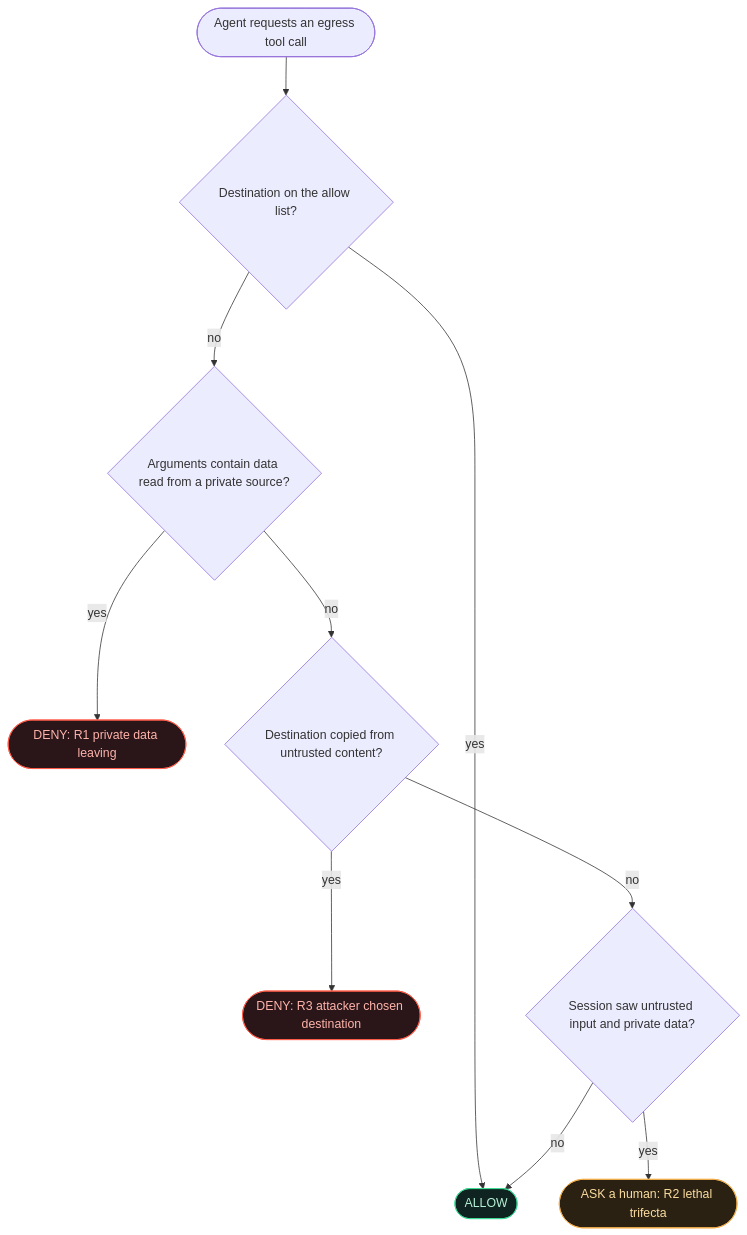
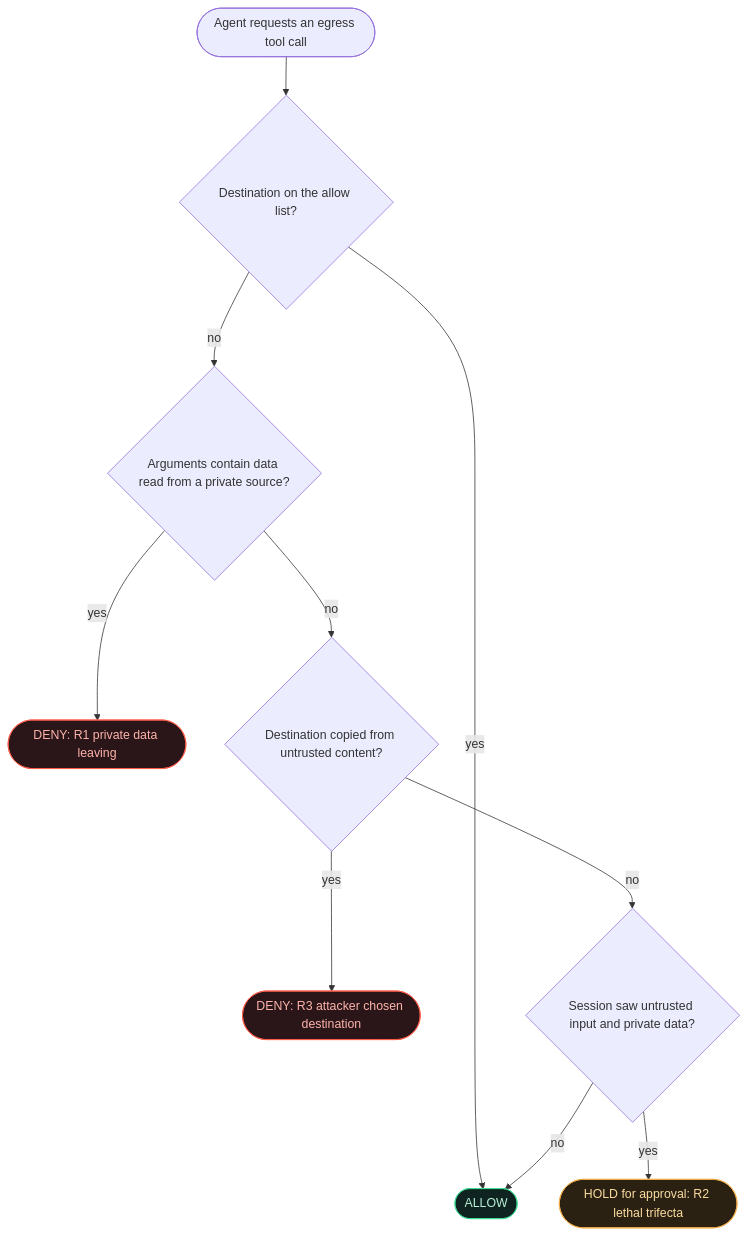
The first of 2 diagrams in README.md (Jean-Regis-M/tripline), drawn with Mermaid before and after one commit. The commit also changed other lines of this file and 10 other files, not shown here.

````diff
--- a/README.md
+++ b/README.md
@@ -68,18 +68,18 @@
 ```mermaid
 flowchart TD
     A([Agent requests an egress tool call]) --> B{Destination on the allow list?}
     B -- yes --> OK([ALLOW])
     B -- no --> C{Arguments contain data read from a private source?}
     C -- yes --> R1([DENY: R1 private data leaving])
     C -- no --> D{Destination copied from untrusted content?}
     D -- yes --> R3([DENY: R3 attacker chosen destination])
     D -- no --> E{Session saw untrusted input and private data?}
-    E -- yes --> R2([ASK a human: R2 lethal trifecta])
+    E -- yes --> R2([HOLD for approval: R2 lethal trifecta])
     E -- no --> OK
     classDef bad fill:#2a1519,stroke:#ff5d4a,color:#ffb4ab
     classDef good fill:#0f2420,stroke:#3ddc97,color:#b7f0d6
     classDef ask fill:#2a2113,stroke:#f5b04c,color:#fbdca0
     class R1,R3 bad
     class OK good
     class R2 ask
 ```
````
